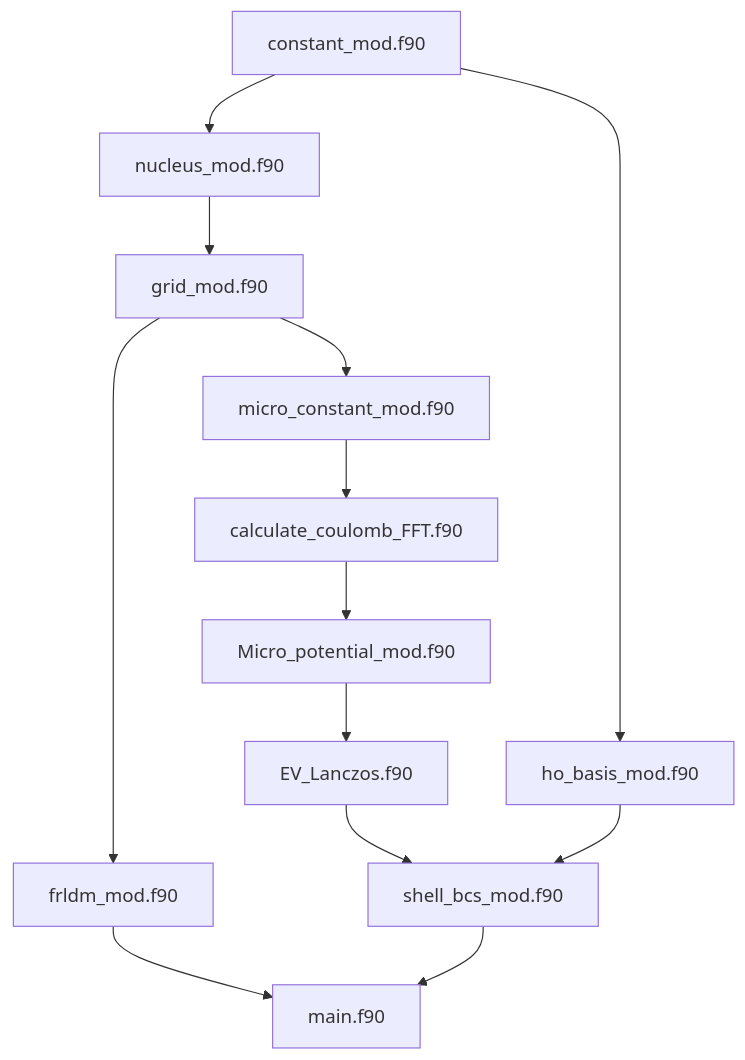
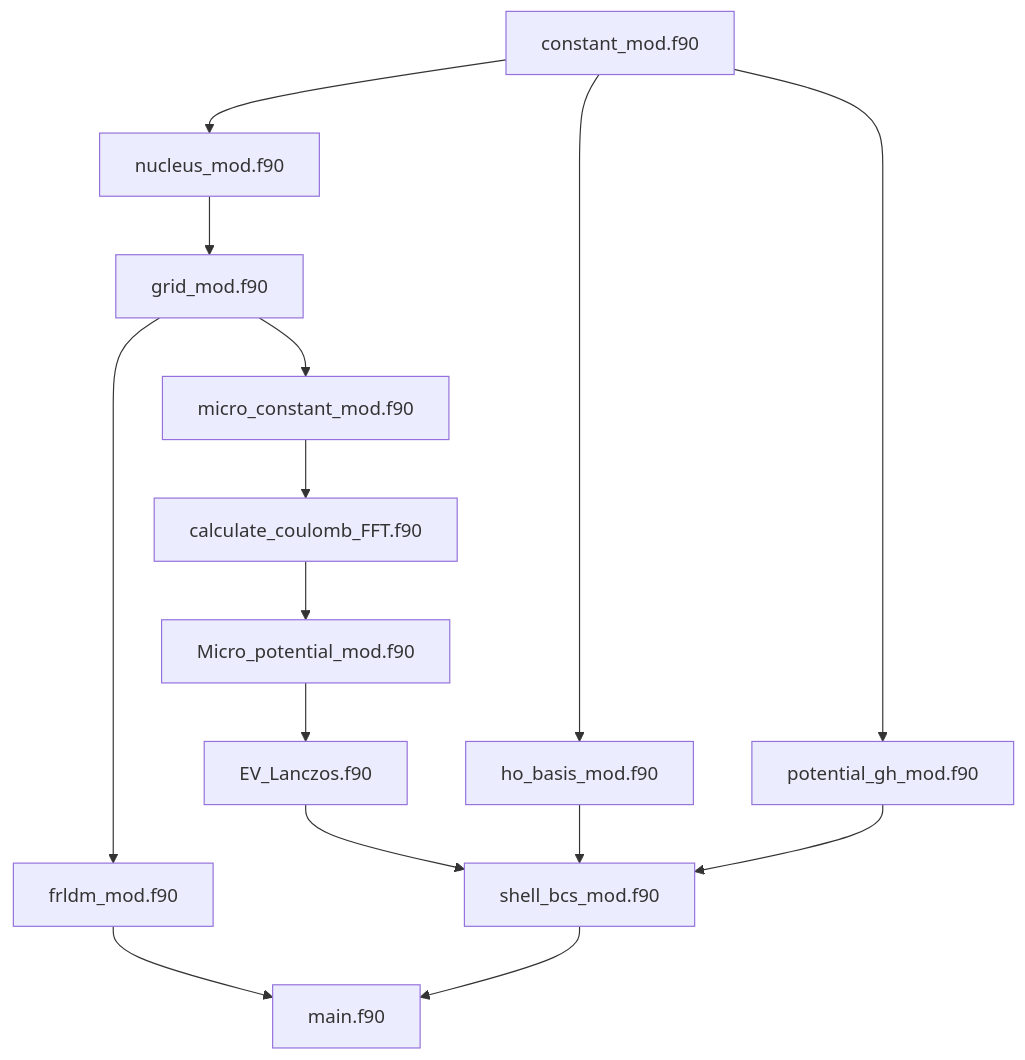
The diagram in README.md (tanamarugithuber/Microscopic-Macroscopic-), drawn with Mermaid before and after one commit. The commit also changed other lines of this file and 2 other files, not shown here.

````diff
--- a/README.md
+++ b/README.md
@@ -23,16 +23,18 @@
 ```mermaid
 graph TD;
     constant_mod.f90-->nucleus_mod.f90;
     nucleus_mod.f90-->grid_mod.f90;
     grid_mod.f90-->frldm_mod.f90;
     grid_mod.f90-->micro_constant_mod.f90;
     micro_constant_mod.f90-->calculate_coulomb_FFT.f90
     calculate_coulomb_FFT.f90-->Micro_potential_mod.f90
     Micro_potential_mod.f90-->EV_Lanczos.f90
     EV_Lanczos.f90-->shell_bcs_mod.f90
     frldm_mod.f90-->main.f90
     shell_bcs_mod.f90-->main.f90
     constant_mod.f90-->ho_basis_mod.f90
     ho_basis_mod.f90-->shell_bcs_mod.f90
+    constant_mod.f90-->potential_gh_mod.f90
+    potential_gh_mod.f90-->shell_bcs_mod.f90
 
 ```
````
